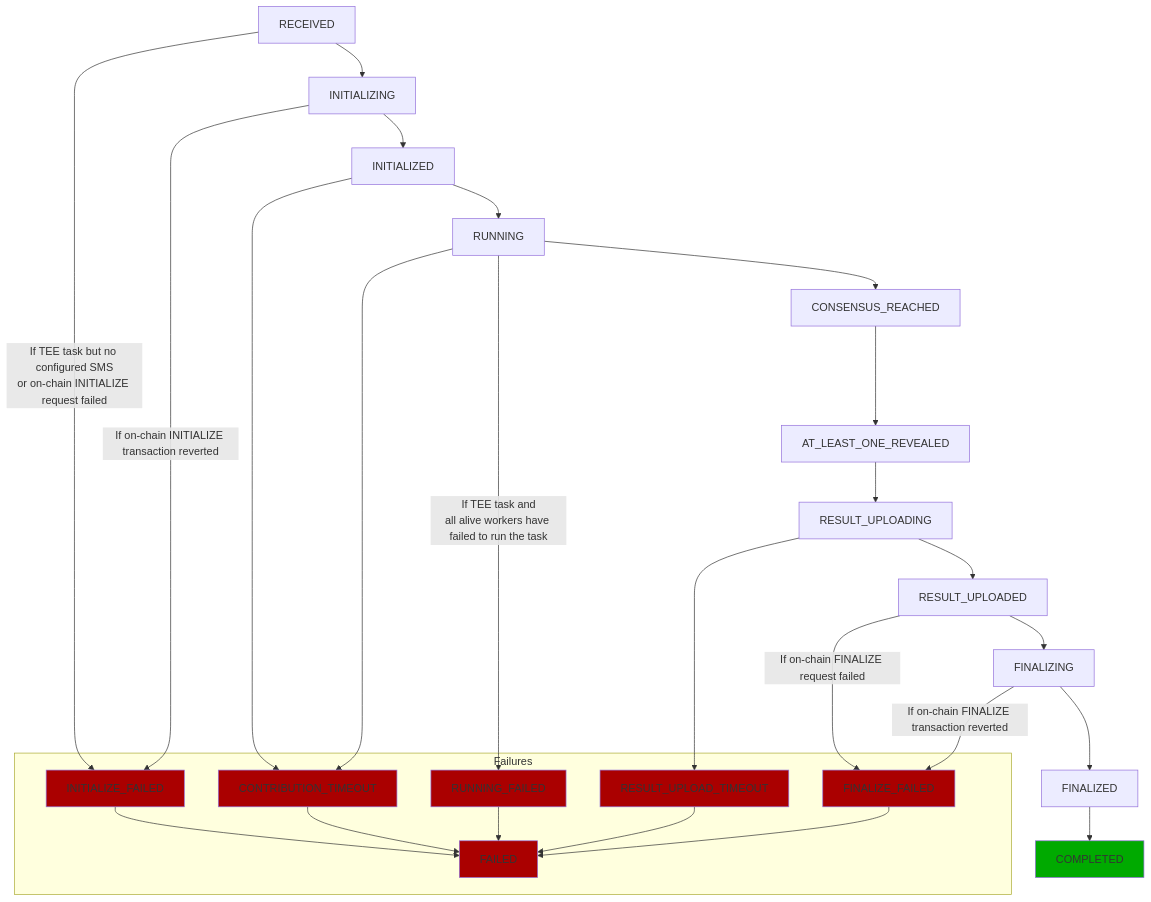
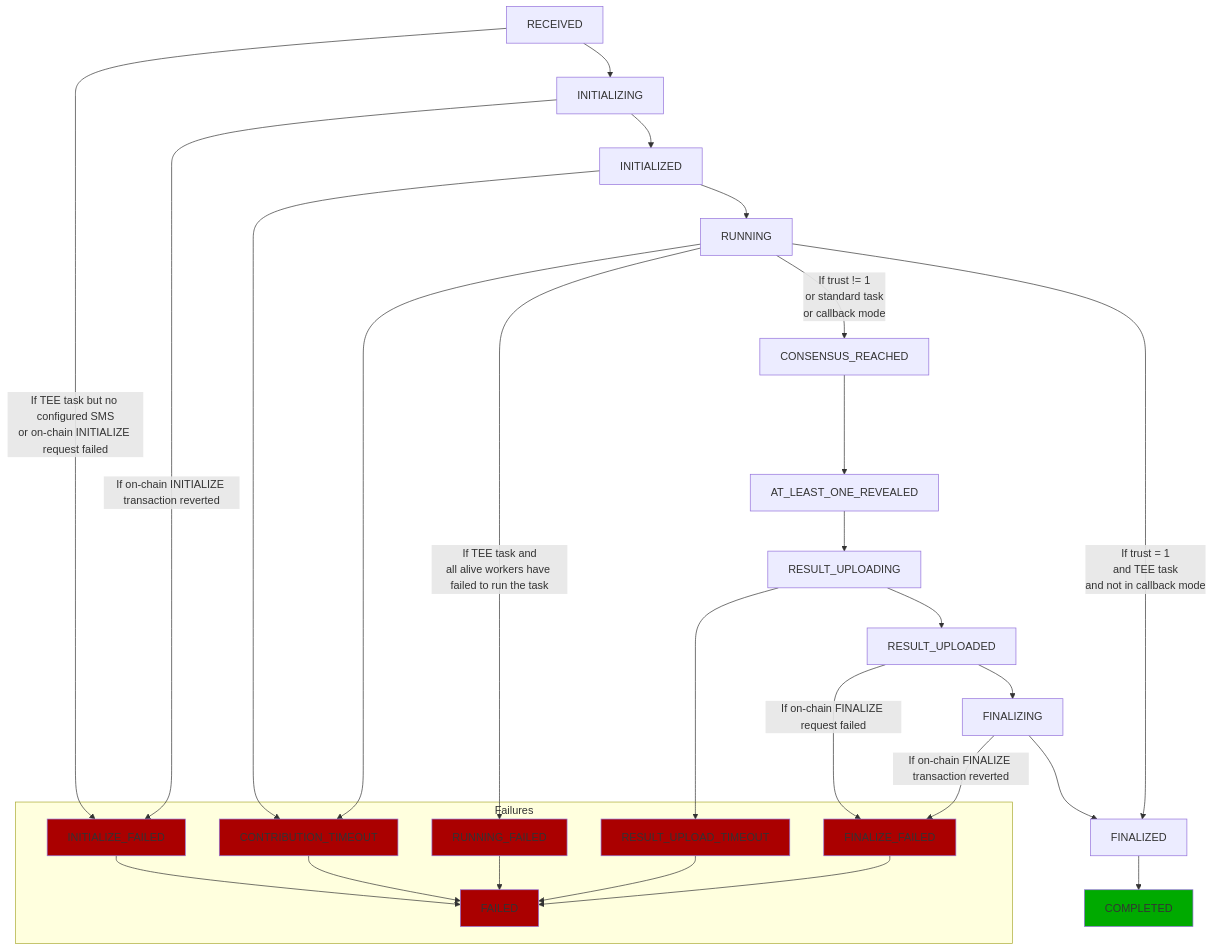
The first of 2 diagrams in for-developers/advanced/task-feedback.md (iExecBlockchainComputing/documentation), drawn with Mermaid before and after one commit.

Commit message:
Add task transition for ContributeAndFinalize

````diff
--- a/for-developers/advanced/task-feedback.md
+++ b/for-developers/advanced/task-feedback.md
@@ -56,47 +56,48 @@
 ```mermaid
 flowchart
 
 %% Failures
 
 RECEIVED -- If TEE task but no configured SMS\nor on-chain INITIALIZE request failed --> INITIALIZE_FAILED
 INITIALIZING -- If on-chain INITIALIZE transaction reverted --> INITIALIZE_FAILED
 INITIALIZED --> CONTRIBUTION_TIMEOUT
 RUNNING --> CONTRIBUTION_TIMEOUT
 RUNNING -- If TEE task and\nall alive workers have failed to run the task --> RUNNING_FAILED
 RESULT_UPLOADING --> RESULT_UPLOAD_TIMEOUT
 RESULT_UPLOADED -- If on-chain FINALIZE request failed --> FINALIZE_FAILED
 FINALIZING -- If on-chain FINALIZE transaction reverted  --> FINALIZE_FAILED
 
 INITIALIZE_FAILED --> FAILED
 RUNNING_FAILED --> FAILED
 CONTRIBUTION_TIMEOUT --> FAILED
 RESULT_UPLOAD_TIMEOUT --> FAILED
 FINALIZE_FAILED --> FAILED
 
 subgraph Failures
     INITIALIZE_FAILED:::failure
     RUNNING_FAILED:::failure
     CONTRIBUTION_TIMEOUT:::failure
     RESULT_UPLOAD_TIMEOUT:::failure
     FINALIZE_FAILED:::failure
 
     FAILED:::failure
 end
 
 %% Usual flow
 
 RECEIVED --> INITIALIZING
 INITIALIZING --> INITIALIZED
 INITIALIZED --> RUNNING
-RUNNING --> CONSENSUS_REACHED
+RUNNING -- If trust != 1\nor standard task\nor callback mode --> CONSENSUS_REACHED
 CONSENSUS_REACHED --> AT_LEAST_ONE_REVEALED
 AT_LEAST_ONE_REVEALED --> RESULT_UPLOADING
 RESULT_UPLOADING --> RESULT_UPLOADED
 RESULT_UPLOADED --> FINALIZING
 FINALIZING --> FINALIZED
+RUNNING -- If trust = 1\nand TEE task\nand not in callback mode --> FINALIZED
 FINALIZED --> COMPLETED:::completed
 
 %% Style definitions
 classDef failure fill:#a00
 classDef completed fill:#0a0
 ```
````
